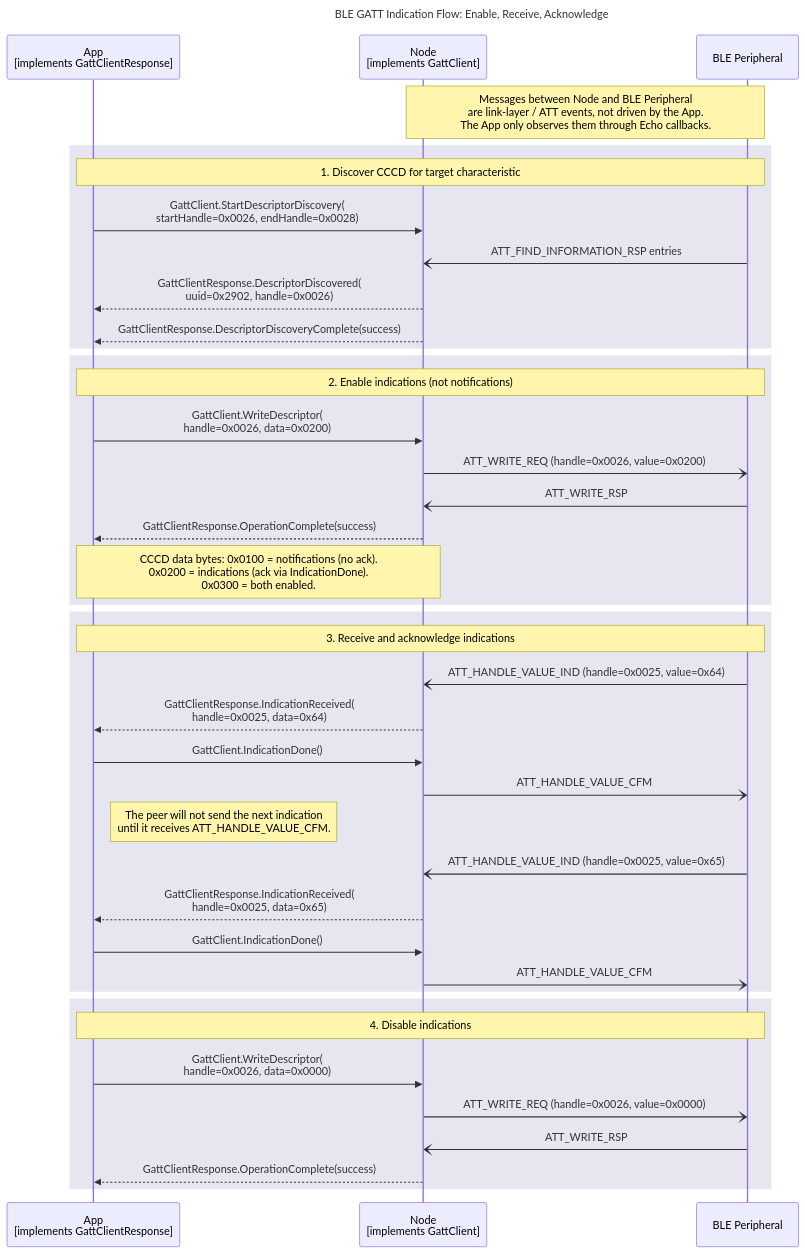
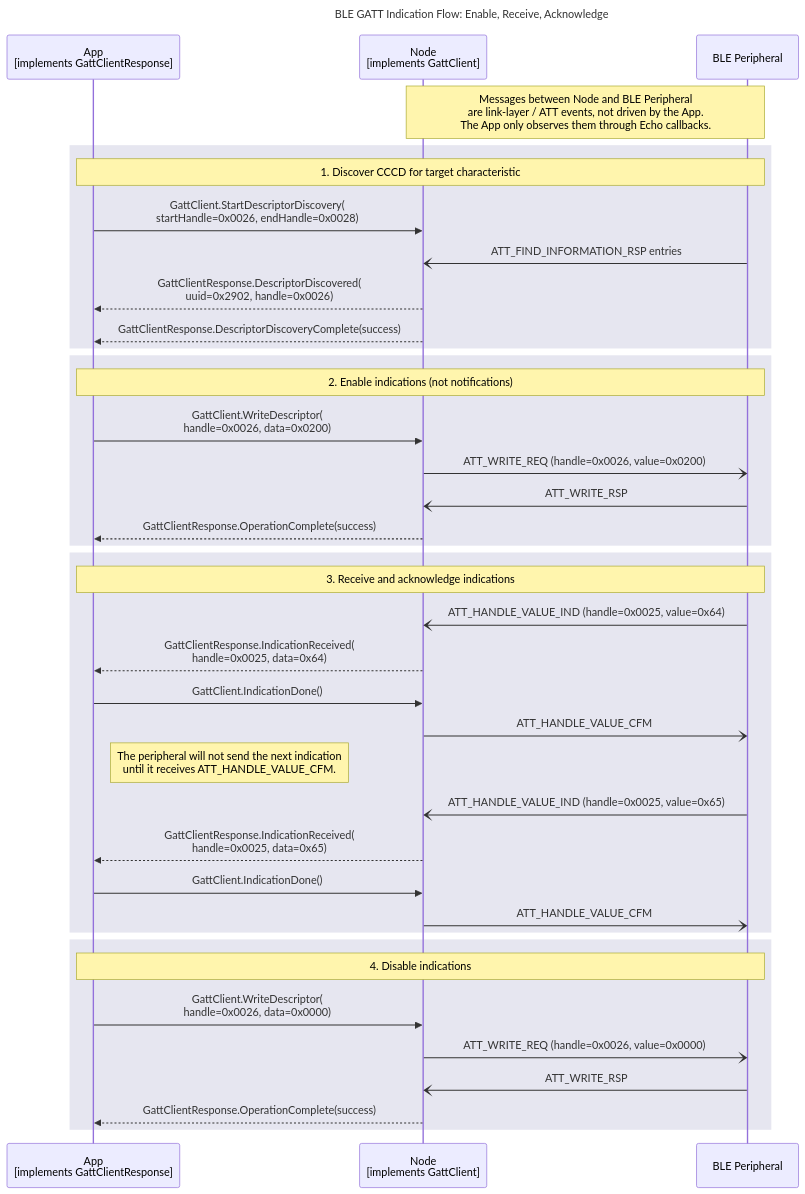
Before and after one commit to philips-software/amp-embedded-infra-lib: the diagram in documents/modules/ROOT/partials/echoservices/gatt_client/GattClient_IndicationFlow_sequence.mmd, drawn with Mermaid. The commit also changed 16 other files, not shown here.

```diff
--- a/documents/modules/ROOT/partials/echoservices/gatt_client/GattClient_IndicationFlow_sequence.mmd
+++ b/documents/modules/ROOT/partials/echoservices/gatt_client/GattClient_IndicationFlow_sequence.mmd
@@ -1,47 +1,46 @@
 sequenceDiagram
     title BLE GATT Indication Flow: Enable, Receive, Acknowledge
 
     participant App as App<br>[implements GattClientResponse]
     participant Node as Node<br>[implements GattClient]
     participant Peripheral as BLE Peripheral
 
     Note over Node, Peripheral: Messages between Node and BLE Peripheral<br>are link-layer / ATT events, not driven by the App.<br>The App only observes them through Echo callbacks.
 
     rect rgb(230, 230, 240)
         note over App, Peripheral: 1. Discover CCCD for target characteristic
         App->>Node: GattClient.StartDescriptorDiscovery(<br>startHandle=0x0026, endHandle=0x0028)
         Peripheral-)Node: ATT_FIND_INFORMATION_RSP entries
         Node-->>App: GattClientResponse.DescriptorDiscovered(<br>uuid=0x2902, handle=0x0026)
         Node-->>App: GattClientResponse.DescriptorDiscoveryComplete(success)
     end
 
     rect rgb(230, 230, 240)
         note over App, Peripheral: 2. Enable indications (not notifications)
         App->>Node: GattClient.WriteDescriptor(<br>handle=0x0026, data=0x0200)
         Node-)Peripheral: ATT_WRITE_REQ (handle=0x0026, value=0x0200)
         Peripheral-)Node: ATT_WRITE_RSP
         Node-->>App: GattClientResponse.OperationComplete(success)
-        note over App, Node: CCCD data bytes: 0x0100 = notifications (no ack).<br>0x0200 = indications (ack via IndicationDone).<br>0x0300 = both enabled.
     end
 
     rect rgb(230, 230, 240)
         note over App, Peripheral: 3. Receive and acknowledge indications
         Peripheral-)Node: ATT_HANDLE_VALUE_IND (handle=0x0025, value=0x64)
         Node-->>App: GattClientResponse.IndicationReceived(<br>handle=0x0025, data=0x64)
         App->>Node: GattClient.IndicationDone()
         Node-)Peripheral: ATT_HANDLE_VALUE_CFM
-        Note right of App: The peer will not send the next indication<br>until it receives ATT_HANDLE_VALUE_CFM.
+        Note right of App: The peripheral will not send the next indication<br>until it receives ATT_HANDLE_VALUE_CFM.
 
         Peripheral-)Node: ATT_HANDLE_VALUE_IND (handle=0x0025, value=0x65)
         Node-->>App: GattClientResponse.IndicationReceived(<br>handle=0x0025, data=0x65)
         App->>Node: GattClient.IndicationDone()
         Node-)Peripheral: ATT_HANDLE_VALUE_CFM
     end
 
     rect rgb(230, 230, 240)
         note over App, Peripheral: 4. Disable indications
         App->>Node: GattClient.WriteDescriptor(<br>handle=0x0026, data=0x0000)
         Node-)Peripheral: ATT_WRITE_REQ (handle=0x0026, value=0x0000)
         Peripheral-)Node: ATT_WRITE_RSP
         Node-->>App: GattClientResponse.OperationComplete(success)
     end
```
